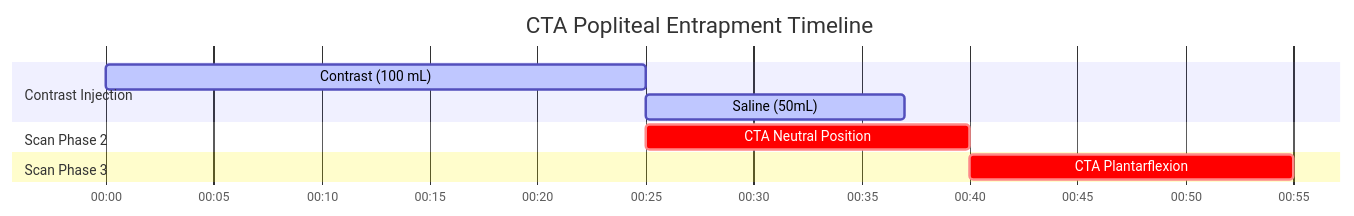
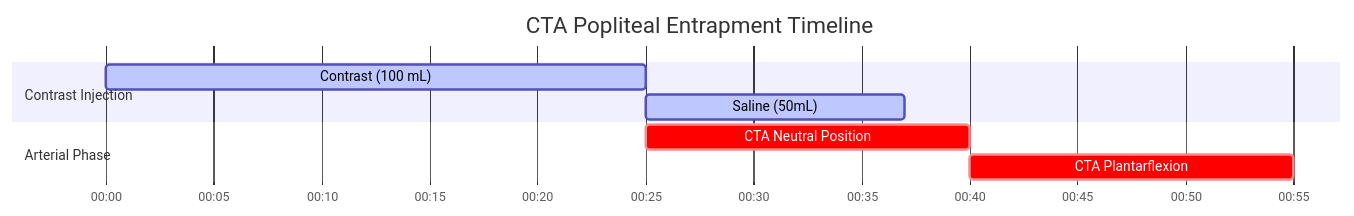
One commit to dfergs93/radiology-protocols changed the diagram in docs/ct/vascular/cta-popliteal-entrapment.md. Above: the diagram before and after it, drawn with Mermaid. The commit also changed other lines of this file and 79 other files, not shown here.

````diff
--- a/docs/ct/vascular/cta-popliteal-entrapment.md
+++ b/docs/ct/vascular/cta-popliteal-entrapment.md
@@ -84,18 +83,18 @@
   ```mermaid
   ---
   config:
     theme: default
   ---
     gantt
       title CTA Popliteal Entrapment Timeline
       dateFormat mm:ss
       axisFormat %M:%S 
       
       section Contrast Injection
       Contrast (100 mL)    :active, contrast, 00:00, 25s
       Saline (50mL)          :active, saline, after contrast, 12s
-      section Scan Phase 2
-      CTA Neutral Position    :crit, scan2, 00:25, 15s
-      section Scan Phase 3
-      CTA Plantarflexion    :crit, scan3, after scan1, 15s
+      section Arterial Phase
+      CTA Neutral Position    :crit, scan1, 00:25, 15s
+      section Arterial Phase
+      CTA Plantarflexion    :crit, scan2, after scan1, 15s
   ```
````
